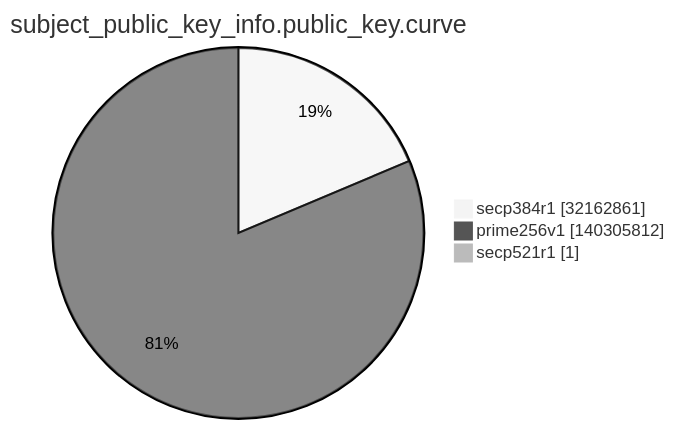
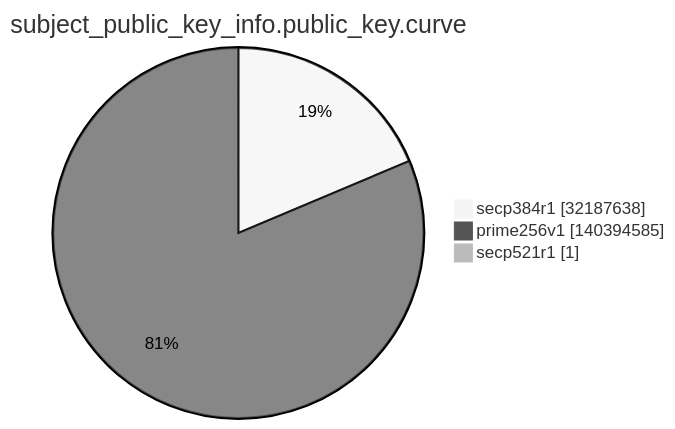
Before and after one commit to christiankrug/ctmonitor_visualization: the ninth of 15 diagrams in argon2022/README.md, drawn with Mermaid (neutral theme). The commit also changed other lines of this file, not shown here.

````diff
--- a/argon2022/README.md
+++ b/argon2022/README.md
@@ -2762,7 +2762,7 @@
 ```mermaid
 pie showData
 title subject_public_key_info.public_key.curve
-"secp384r1" :32162861
-"prime256v1" :140305812
+"secp384r1" :32187638
+"prime256v1" :140394585
 "secp521r1" :1
 ```
````
